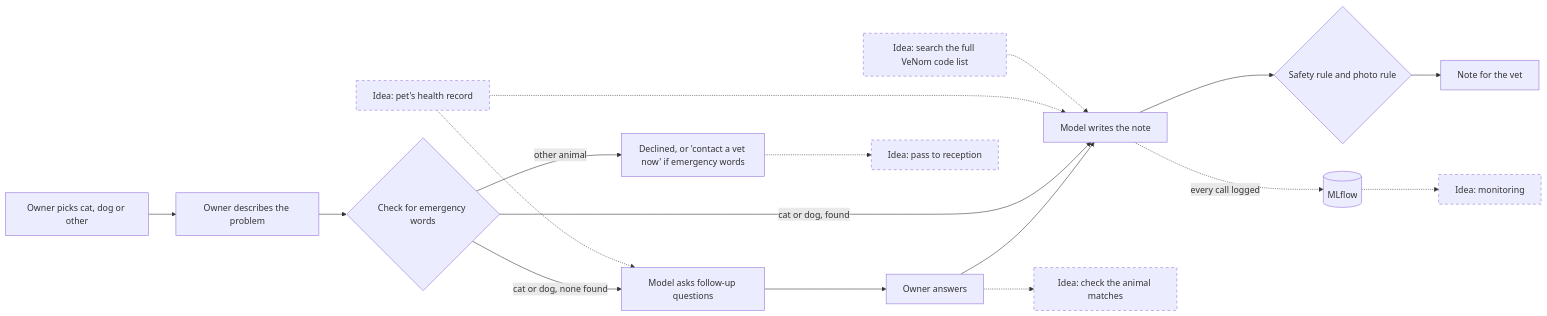
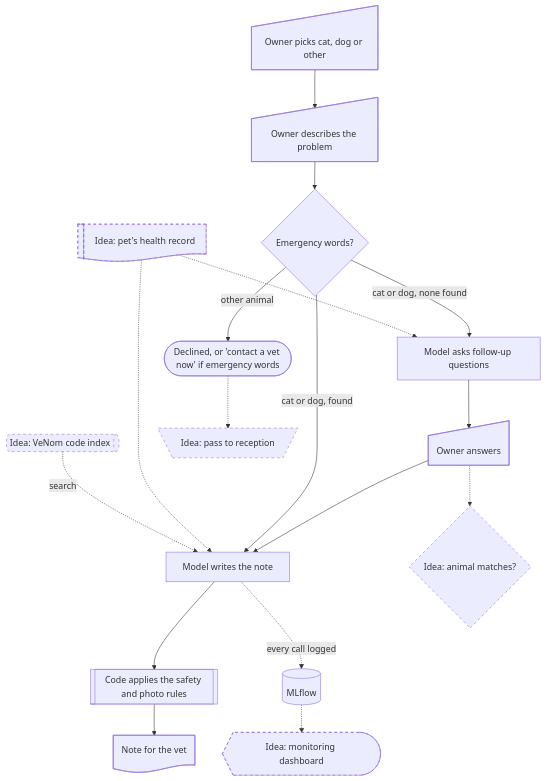
One commit to BenjaminIsaac0111/pet-triage-demo changed the diagram in README.md. Above: the diagram before and after it, drawn with Mermaid. The commit also changed other lines of this file, not shown here.

Commit message:
README: give each diagram component its standard flowchart shape
Owner input as manual input, model steps as processes, code rules as a
predefined process, branches as decisions, ends as terminals, the vet's
note as a document, MLflow as a database. Ideas get their own shapes: the
pet's health record as a lined document, the VeNom code index as
direct-access storage, reception as a manual operation, monitoring as a
display. Top-down layout so it stays readable at README width, plus a
one-line key.

````diff
--- a/README.md
+++ b/README.md
@@ -15,22 +15,35 @@
 ```mermaid
-graph LR
-    S[Owner picks cat, dog or other] --> A[Owner describes the problem]
-    A --> B{Check for emergency words}
-    B -- other animal --> X[Declined, or 'contact a vet now' if emergency words]
-    B -- cat or dog, none found --> C[Model asks follow-up questions]
-    C --> D[Owner answers]
-    D --> E[Model writes the note]
+graph TD
+    S@{ shape: sl-rect, label: "Owner picks cat, dog or other" }
+    A@{ shape: sl-rect, label: "Owner describes the problem" }
+    B@{ shape: diam, label: "Emergency words?" }
+    X@{ shape: stadium, label: "Declined, or 'contact a vet now' if emergency words" }
+    C@{ shape: rect, label: "Model asks follow-up questions" }
+    D@{ shape: sl-rect, label: "Owner answers" }
+    E@{ shape: rect, label: "Model writes the note" }
+    F@{ shape: fr-rect, label: "Code applies the safety and photo rules" }
+    G@{ shape: doc, label: "Note for the vet" }
+    H@{ shape: cyl, label: "MLflow" }
+
+    S --> A --> B
+    B -- other animal --> X
+    B -- cat or dog, none found --> C
+    C --> D --> E
     B -- cat or dog, found --> E
-    E --> F{Safety rule and photo rule}
-    F --> G[Note for the vet]
-    E -. every call logged .-> H[(MLflow)]
+    E --> F --> G
+    E -. every call logged .-> H
 
-    P["Idea: pet's health record"] -.-> C
+    P@{ shape: lin-doc, label: "Idea: pet's health record" }
+    V@{ shape: h-cyl, label: "Idea: VeNom code index" }
+    M@{ shape: diam, label: "Idea: animal matches?" }
+    R@{ shape: trap-t, label: "Idea: pass to reception" }
+    O@{ shape: curv-trap, label: "Idea: monitoring dashboard" }
+    P -.-> C
     P -.-> E
-    V["Idea: search the full VeNom code list"] -.-> E
-    D -.-> M["Idea: check the animal matches"]
-    X -.-> R["Idea: pass to reception"]
-    H -.-> O["Idea: monitoring"]
+    V -. search .-> E
+    D -.-> M
+    X -.-> R
+    H -.-> O
     classDef idea stroke-dasharray: 5 5
     class P,V,M,R,O idea
 ```
````
